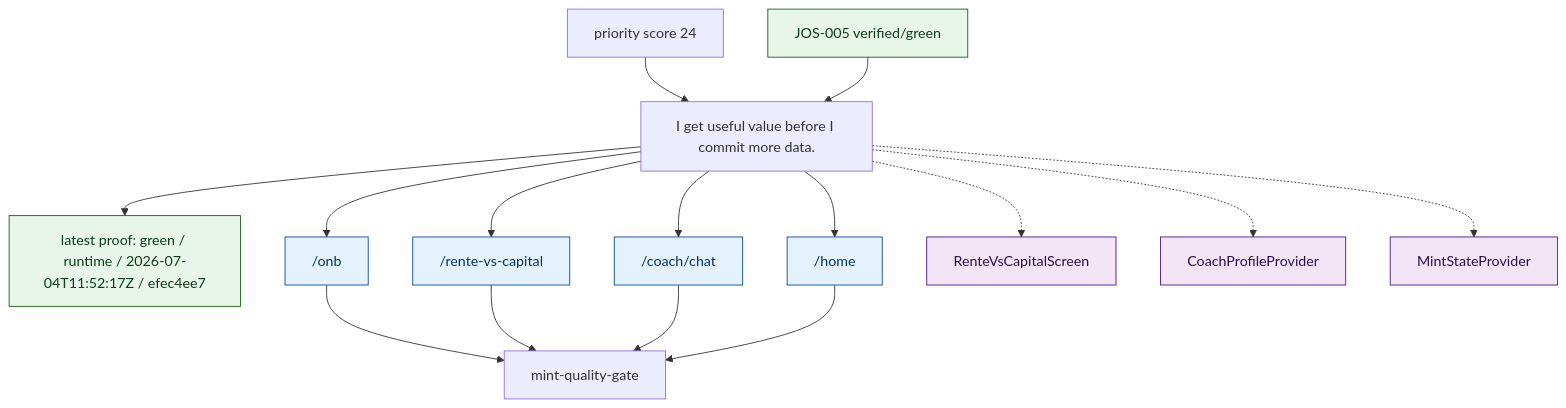
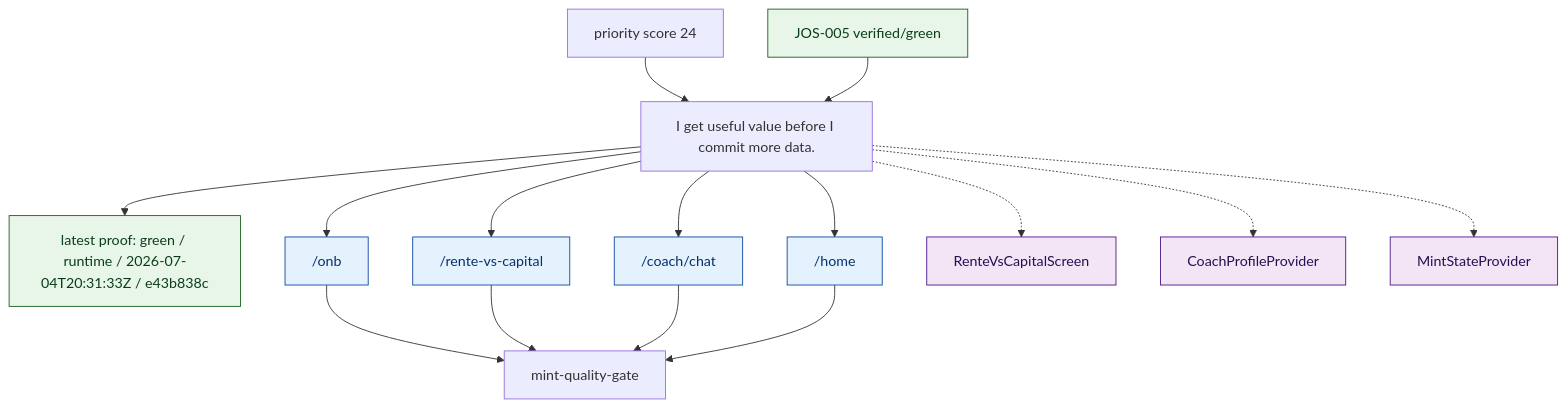
The diagram in .planning/journeys/diagrams/onboarding_first_value.mmd (MINT-IA/MINT), drawn with Mermaid before and after one commit. The commit also changed 8 other files, not shown here.

```diff
--- a/.planning/journeys/diagrams/onboarding_first_value.mmd
+++ b/.planning/journeys/diagrams/onboarding_first_value.mmd
@@ -1,45 +1,45 @@
 %% Generated from .planning/journeys/records/onboarding_first_value.json
 flowchart TD
   promise["I get useful value before I commit more data."]
   team["mint-quality-gate"]
-  latest["latest proof: green / runtime / 2026-07-04T11:52:17Z / efec4ee7"]
+  latest["latest proof: green / runtime / 2026-07-04T20:31:33Z / e43b838c"]
   promise --> latest
   classDef green fill:#e8f5e9,stroke:#1b5e20,color:#0b3d1a;
   classDef red fill:#ffebee,stroke:#b71c1c,color:#5f1111;
   classDef amber fill:#fff8e1,stroke:#ff8f00,color:#5f3b00;
   classDef blocked fill:#eceff1,stroke:#455a64,color:#263238;
   classDef neutral fill:#f5f5f5,stroke:#616161,color:#212121;
   classDef route fill:#e3f2fd,stroke:#0d47a1,color:#082f66;
   classDef surface fill:#f3e5f5,stroke:#4a148c,color:#2b0d52;
   classDef api fill:#e0f2f1,stroke:#00695c,color:#003d35;
   class latest green
   priority["priority score 24"]
   priority --> promise
   route_onb["/onb"]
   promise --> route_onb
   route_onb --> team
   class route_onb route
   route_rente_vs_capital["/rente-vs-capital"]
   promise --> route_rente_vs_capital
   route_rente_vs_capital --> team
   class route_rente_vs_capital route
   route_coach_chat["/coach/chat"]
   promise --> route_coach_chat
   route_coach_chat --> team
   class route_coach_chat route
   route_home["/home"]
   promise --> route_home
   route_home --> team
   class route_home route
   surface_RenteVsCapitalScreen["RenteVsCapitalScreen"]
   promise -.-> surface_RenteVsCapitalScreen
   class surface_RenteVsCapitalScreen surface
   surface_CoachProfileProvider["CoachProfileProvider"]
   promise -.-> surface_CoachProfileProvider
   class surface_CoachProfileProvider surface
   surface_MintStateProvider["MintStateProvider"]
   promise -.-> surface_MintStateProvider
   class surface_MintStateProvider surface
   issue_JOS_005["JOS-005 verified/green"]
   issue_JOS_005 --> promise
   class issue_JOS_005 green
```
